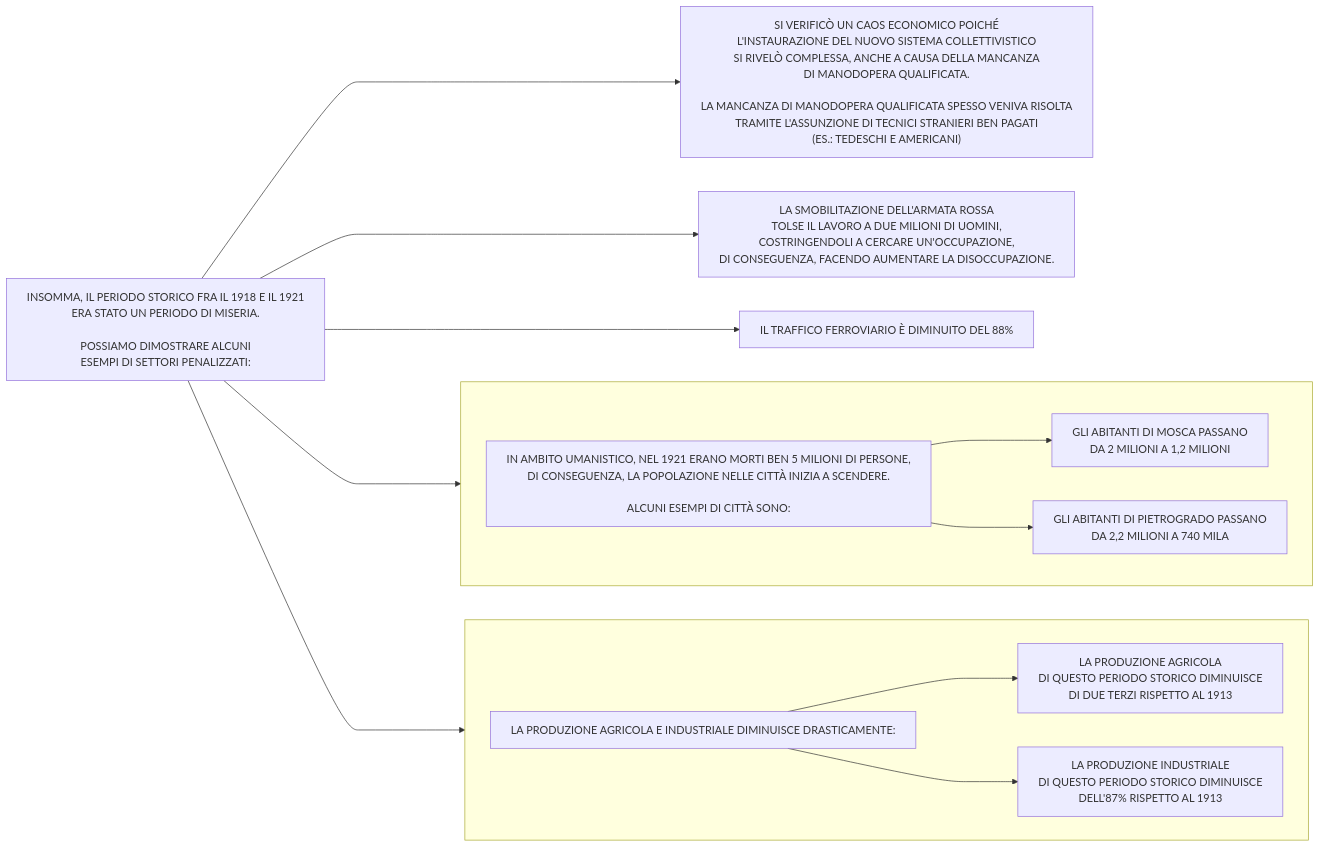
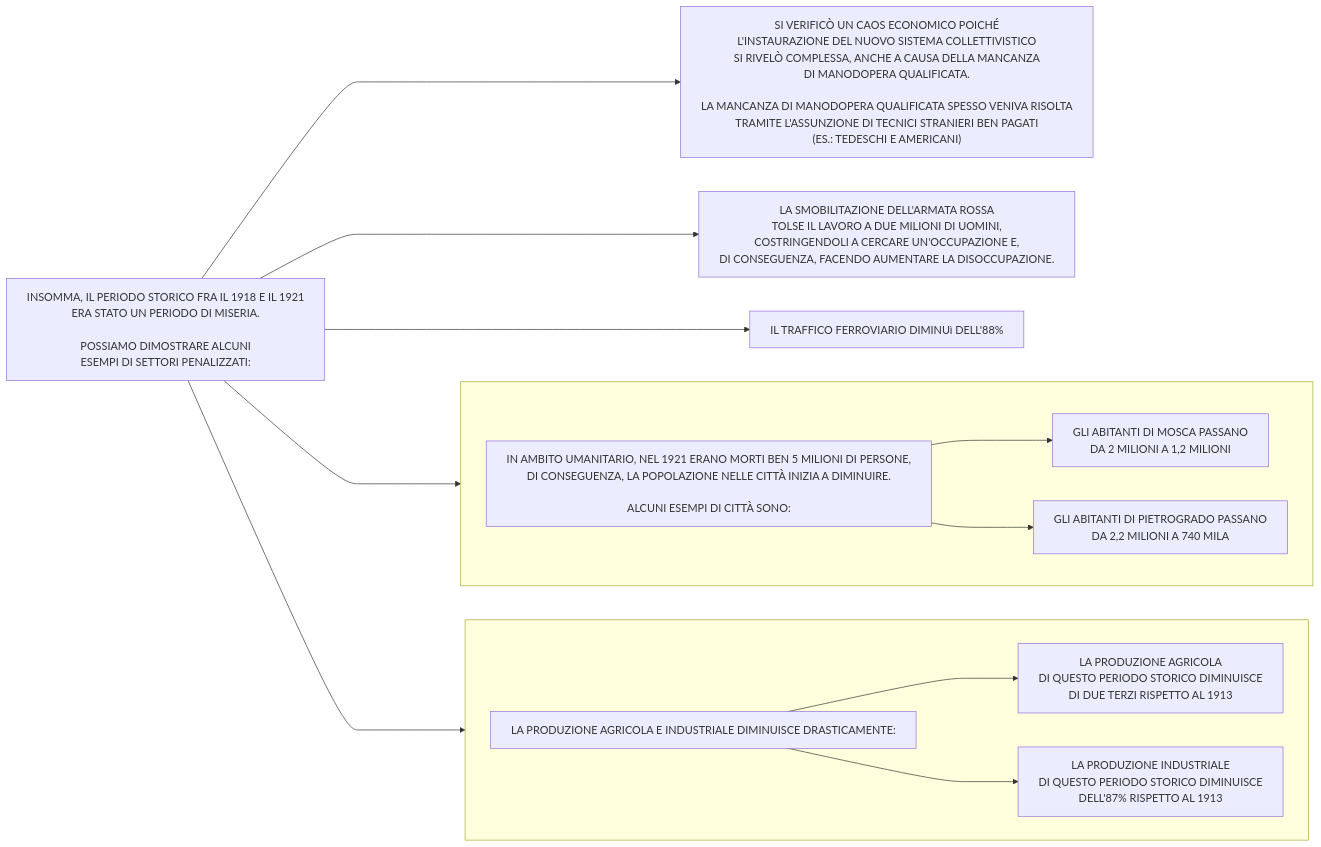
Diagram 18 of 22 in stalinismoRiscrittura.md (Laaouatni/ricerca-storia-MermaidJS), drawn with Mermaid before and after one commit.

````diff
--- a/stalinismoRiscrittura.md
+++ b/stalinismoRiscrittura.md
@@ -353,24 +353,24 @@
 ```mermaid
 %%{init: { "flowchart": { "wrappingWidth": 800 } }}%%
 flowchart LR
   0[INSOMMA, IL PERIODO STORICO FRA IL 1918 E IL 1921 <BR>ERA STATO UN PERIODO DI MISERIA. <BR><BR>POSSIAMO DIMOSTRARE ALCUNI <br> ESEMPI DI SETTORI PENALIZZATI:]
   1["SI VERIFICÒ UN CAOS ECONOMICO POICHÉ <br>L'INSTAURAZIONE DEL NUOVO SISTEMA COLLETTIVISTICO<br> SI RIVELÒ COMPLESSA, ANCHE A CAUSA DELLA MANCANZA<br> DI MANODOPERA QUALIFICATA. <br><br>LA MANCANZA DI MANODOPERA QUALIFICATA SPESSO VENIVA RISOLTA <br>TRAMITE L'ASSUNZIONE DI TECNICI STRANIERI BEN PAGATI <br>(ES.: TEDESCHI E AMERICANI)"]
-  2[LA SMOBILITAZIONE DELL'ARMATA ROSSA <br>TOLSE IL LAVORO A DUE MILIONI DI UOMINI, <br>COSTRINGENDOLI A CERCARE UN'OCCUPAZIONE, <br> DI CONSEGUENZA, FACENDO AUMENTARE LA DISOCCUPAZIONE.]
+  2[LA SMOBILITAZIONE DELL'ARMATA ROSSA <br>TOLSE IL LAVORO A DUE MILIONI DI UOMINI, <br>COSTRINGENDOLI A CERCARE UN'OCCUPAZIONE E, <br> DI CONSEGUENZA, FACENDO AUMENTARE LA DISOCCUPAZIONE.]
 
   subgraph 6[" "]
     direction LR
-    3[IN AMBITO UMANISTICO, NEL 1921 ERANO MORTI BEN 5 MILIONI DI PERSONE, <br>DI CONSEGUENZA, LA POPOLAZIONE NELLE CITTÀ INIZIA A SCENDERE. <br><br>ALCUNI ESEMPI DI CITTÀ SONO:]
+    3[IN AMBITO UMANITARIO, NEL 1921 ERANO MORTI BEN 5 MILIONI DI PERSONE, <br>DI CONSEGUENZA, LA POPOLAZIONE NELLE CITTÀ INIZIA A DIMINUIRE. <br><br>ALCUNI ESEMPI DI CITTÀ SONO:]
     60[GLI ABITANTI DI MOSCA       PASSANO <br>DA 2 MILIONI   A 1,2 MILIONI]
     61[GLI ABITANTI DI PIETROGRADO PASSANO <BR>DA 2,2 MILIONI A 740 MILA]
     3 ---> 60 & 61
   end
   subgraph 7[" "]
     direction LR
     4[LA PRODUZIONE AGRICOLA E INDUSTRIALE DIMINUISCE DRASTICAMENTE:]
     70[LA PRODUZIONE AGRICOLA    <br>DI QUESTO PERIODO STORICO DIMINUISCE <br> DI DUE TERZI RISPETTO AL 1913]
     71[LA PRODUZIONE INDUSTRIALE <br>DI QUESTO PERIODO STORICO DIMINUISCE <br> DELL'87% RISPETTO AL 1913]
     4 ---> 70 & 71
   end
-  5[IL TRAFFICO FERROVIARIO È DIMINUITO DEL 88%]
+  5[IL TRAFFICO FERROVIARIO DIMINUì DELL'88%]
   0 -----> 1 & 2 & 6 & 7 & 5
 ```
````
